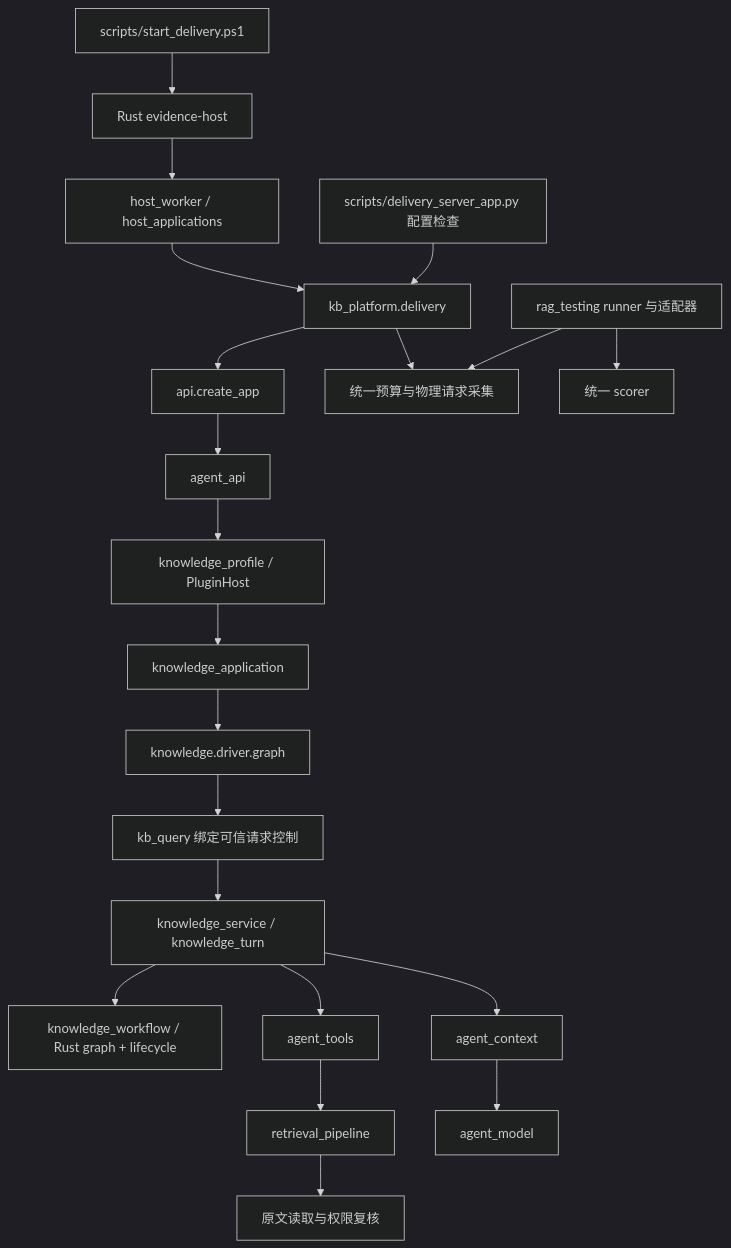
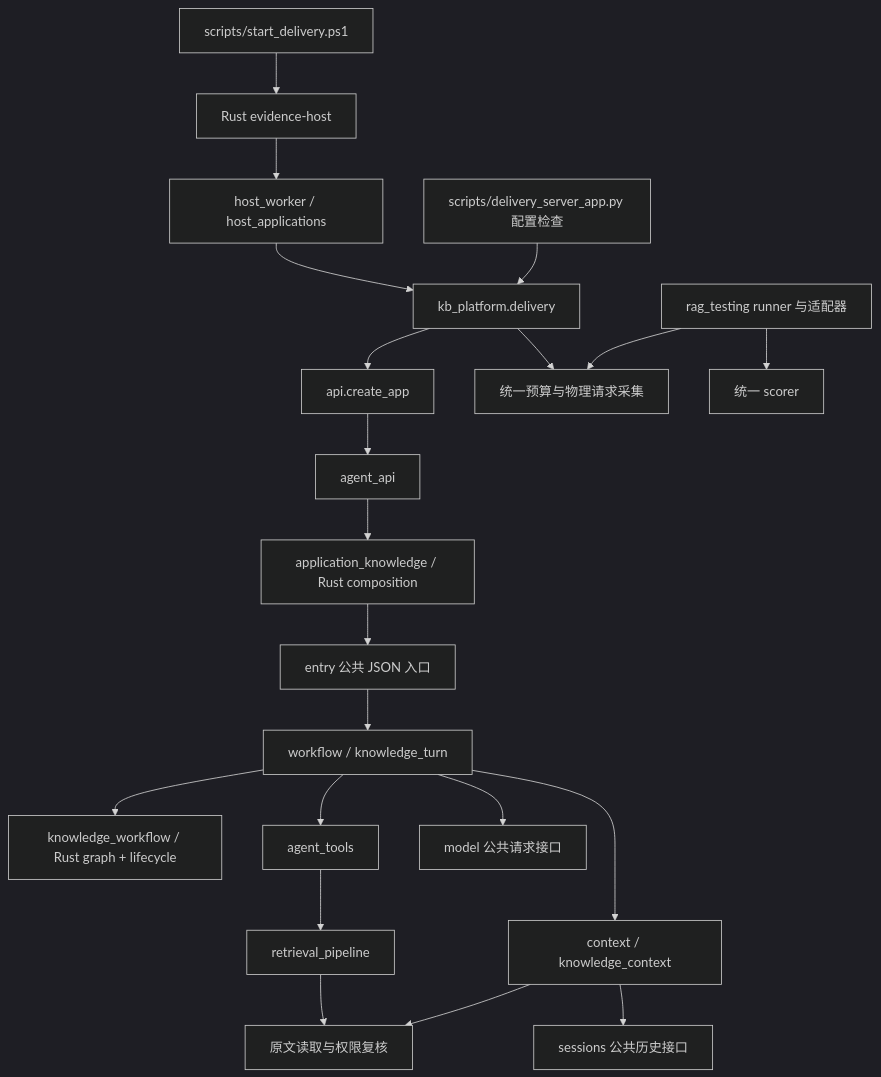
One commit to Hubujiu/evidence-kb changed the diagram in docs/architecture.md. Above: the diagram before and after it, drawn with Mermaid (dark theme). The commit also changed other lines of this file and 205 other files, not shown here.

````diff
--- a/docs/architecture.md
+++ b/docs/architecture.md
@@ -31,23 +43,23 @@
 ```mermaid
 flowchart TD
     Launcher[scripts/start_delivery.ps1] --> Host[Rust evidence-host]
     Host --> Worker[host_worker / host_applications]
     Worker --> Delivery[kb_platform.delivery]
     CLI[scripts/delivery_server_app.py 配置检查] --> Delivery
     Delivery --> API[api.create_app]
     API --> Routes[agent_api]
-    Routes --> Profile[knowledge_profile / PluginHost]
-    Profile --> Application[knowledge_application]
-    Application --> Driver[knowledge.driver.graph]
-    Driver --> Query[kb_query 绑定可信请求控制]
-    Query --> Agent[knowledge_service / knowledge_turn]
+    Routes --> Profile[application_knowledge / Rust composition]
+    Profile --> Application[entry 公共 JSON 入口]
+    Application --> Agent[workflow / knowledge_turn]
     Agent --> Graph[knowledge_workflow / Rust graph + lifecycle]
     Agent --> Gateway[agent_tools]
     Gateway --> Pipeline[retrieval_pipeline]
     Pipeline --> Evidence[原文读取与权限复核]
-    Agent --> Context[agent_context]
-    Context --> Model[agent_model]
+    Agent --> Context[context / knowledge_context]
+    Context --> History[sessions 公共历史接口]
+    Context --> Evidence
+    Agent --> Model[model 公共请求接口]
     Delivery --> Shared[统一预算与物理请求采集]
     Eval[rag_testing runner 与适配器] --> Shared
     Eval --> Scorer[统一 scorer]
 ```
````
